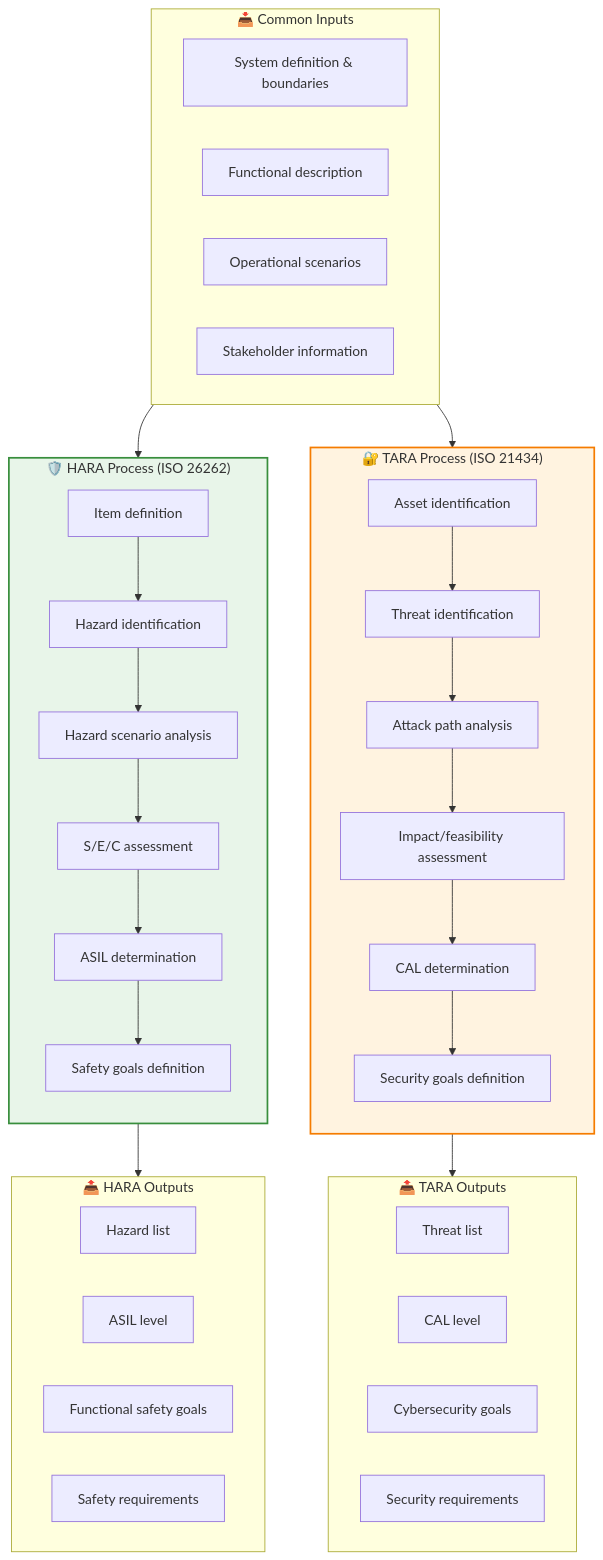
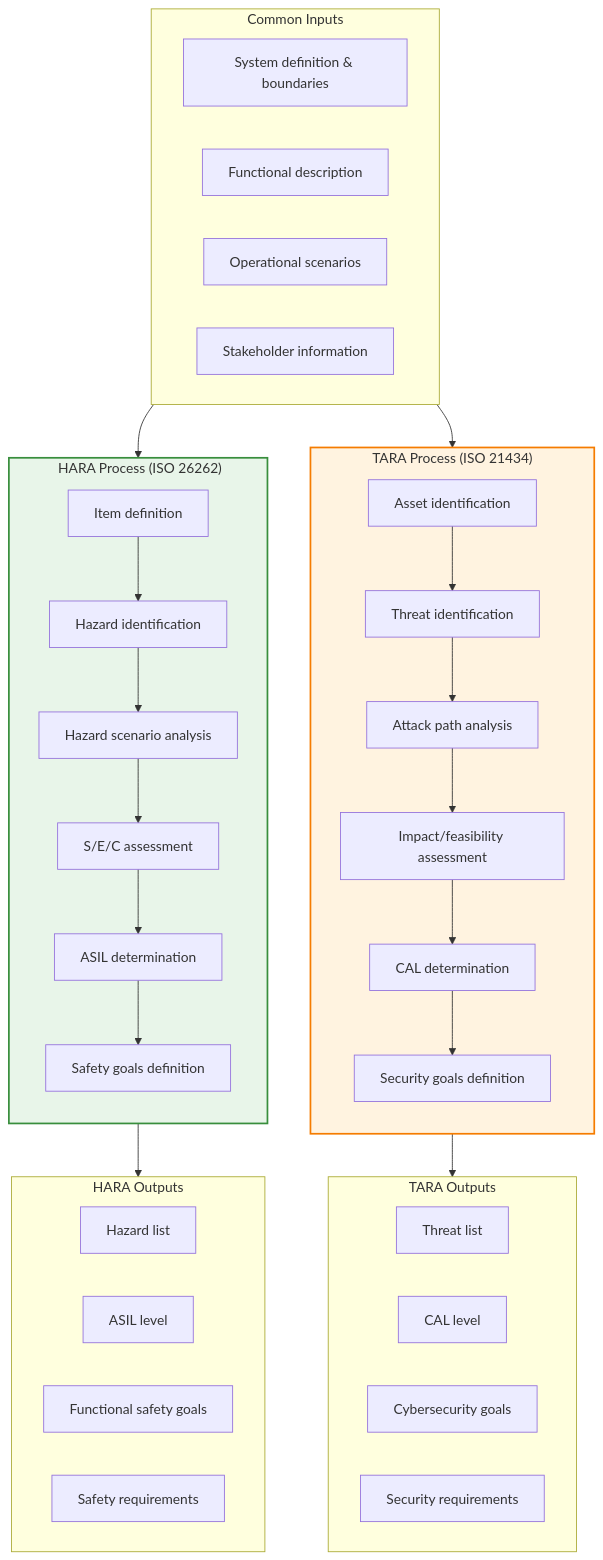
One commit to michaellinhq/automotive-develop-architecture changed the fourth of 6 diagrams in docs/02_System_Analysis/HARA_TARA_STPA_Guide.en.md. Above: the diagram before and after it, drawn with Mermaid. The commit also changed other lines of this file and 7 other files, not shown here.

Commit message:
Harden Mermaid syntax in English docs

````diff
--- a/docs/02_System_Analysis/HARA_TARA_STPA_Guide.en.md
+++ b/docs/02_System_Analysis/HARA_TARA_STPA_Guide.en.md
@@ -202,53 +202,53 @@
 ```mermaid
 flowchart TB
-    subgraph Inputs["📥 Common Inputs"]
+    subgraph Inputs[" Common Inputs"]
         I1["System definition & boundaries"]
         I2["Functional description"]
         I3["Operational scenarios"]
         I4["Stakeholder information"]
     end
 
-    subgraph HARA_Process["🛡️ HARA Process (ISO 26262)"]
+    subgraph HARA_Process["️ HARA Process (ISO 26262)"]
         direction TB
         H1["Item definition"]
         H2["Hazard identification"]
         H3["Hazard scenario analysis"]
         H4["S/E/C assessment"]
         H5["ASIL determination"]
         H6["Safety goals definition"]
         H1 --> H2 --> H3 --> H4 --> H5 --> H6
     end
 
-    subgraph TARA_Process["🔐 TARA Process (ISO 21434)"]
+    subgraph TARA_Process[" TARA Process (ISO 21434)"]
         direction TB
         T1["Asset identification"]
         T2["Threat identification"]
         T3["Attack path analysis"]
         T4["Impact/feasibility assessment"]
         T5["CAL determination"]
         T6["Security goals definition"]
         T1 --> T2 --> T3 --> T4 --> T5 --> T6
     end
 
-    subgraph HARA_Outputs["📤 HARA Outputs"]
+    subgraph HARA_Outputs[" HARA Outputs"]
         HO1["Hazard list"]
         HO2["ASIL level"]
         HO3["Functional safety goals"]
         HO4["Safety requirements"]
     end
 
-    subgraph TARA_Outputs["📤 TARA Outputs"]
+    subgraph TARA_Outputs[" TARA Outputs"]
         TO1["Threat list"]
         TO2["CAL level"]
         TO3["Cybersecurity goals"]
         TO4["Security requirements"]
     end
 
     Inputs --> HARA_Process
     Inputs --> TARA_Process
     HARA_Process --> HARA_Outputs
     TARA_Process --> TARA_Outputs
 
     style HARA_Process fill:#e8f5e9,stroke:#388e3c,stroke-width:2px
     style TARA_Process fill:#fff3e0,stroke:#f57c00,stroke-width:2px
 ```
````
